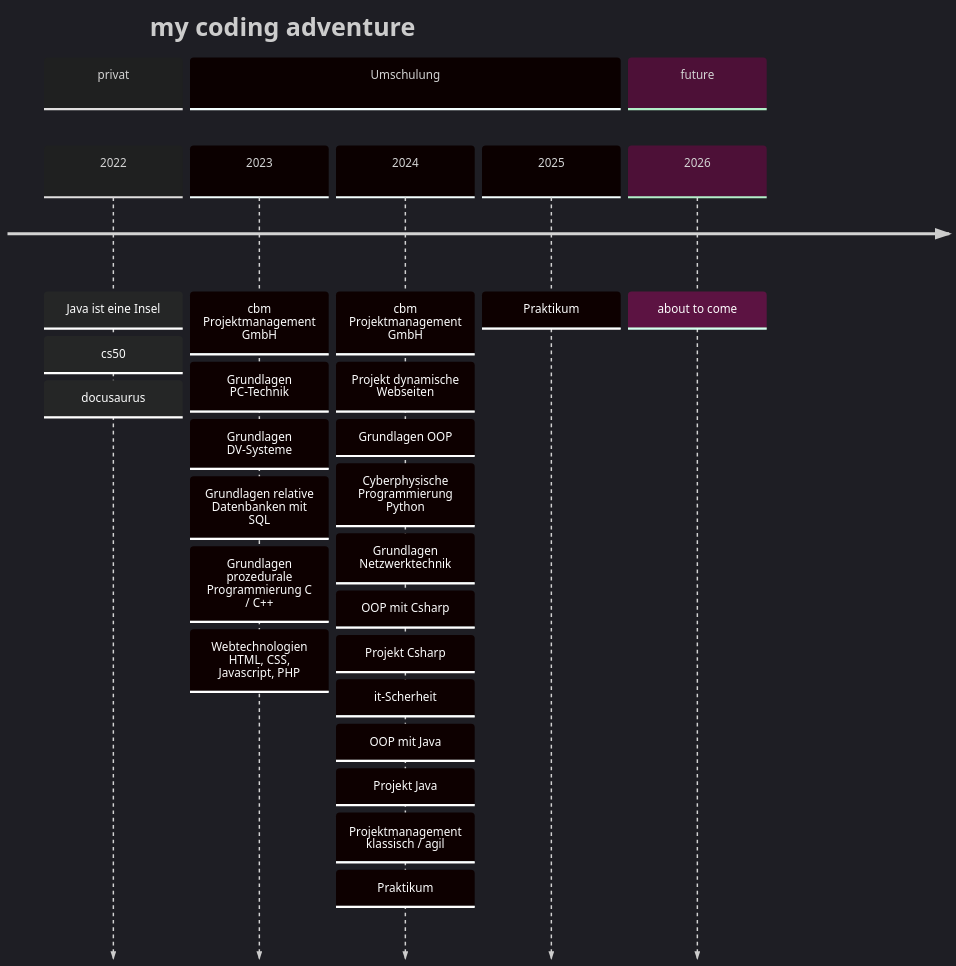
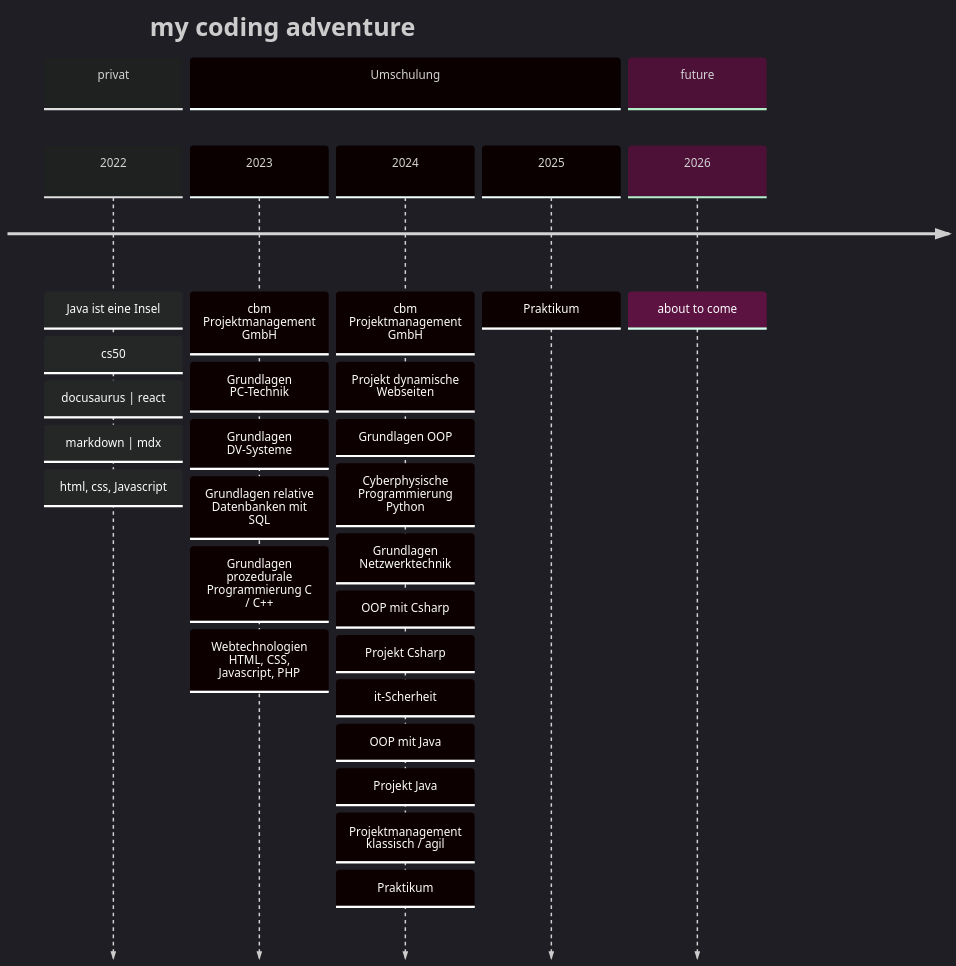
The second of 2 diagrams in readme.md (P76ers/p76ers), drawn with Mermaid before and after one commit. The commit also changed other lines of this file, not shown here.

````diff
--- a/readme.md
+++ b/readme.md
@@ -35,31 +35,33 @@
 ```mermaid
 %%{init: { 'logLevel': 'debug', 'theme': 'dark' } }%%
 timeline
     title my coding adventure
     section privat
     2022: Java ist eine Insel
       : cs50
-      : docusaurus
+      : docusaurus | react
+      : markdown | mdx
+      : html, css, Javascript
     section Umschulung 
       2023: cbm Projektmanagement GmbH
           : Grundlagen PC-Technik
           : Grundlagen DV-Systeme
           : Grundlagen relative Datenbanken mit SQL
           : Grundlagen prozedurale Programmierung C / C++
           : Webtechnologien HTML, CSS, Javascript, PHP
       2024: cbm Projektmanagement GmbH
           : Projekt dynamische Webseiten
           : Grundlagen OOP
           : Cyberphysische Programmierung Python
           : Grundlagen Netzwerktechnik
           : OOP mit Csharp
           : Projekt Csharp
           : it-Scherheit
           : OOP mit Java
           : Projekt Java
           : Projektmanagement klassisch / agil
           : Praktikum
       2025: Praktikum
     section future
       2026: about to come
 ```
````
